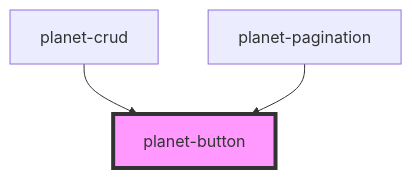
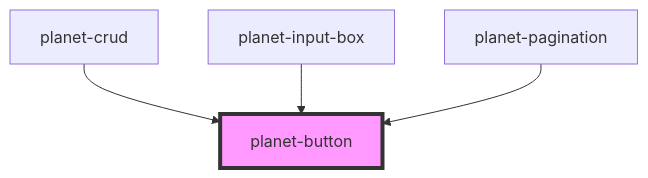
Before and after one commit to siteplanet/planet-css: the diagram in src/components/planet-button/readme.md, drawn with Mermaid. The commit also changed other lines of this file and 21 other files, not shown here.

````diff
--- a/src/components/planet-button/readme.md
+++ b/src/components/planet-button/readme.md
@@ -28,6 +29,7 @@
 ```mermaid
 graph TD;
   planet-crud --> planet-button
+  planet-input-box --> planet-button
   planet-pagination --> planet-button
   style planet-button fill:#f9f,stroke:#333,stroke-width:4px
 ```
````
